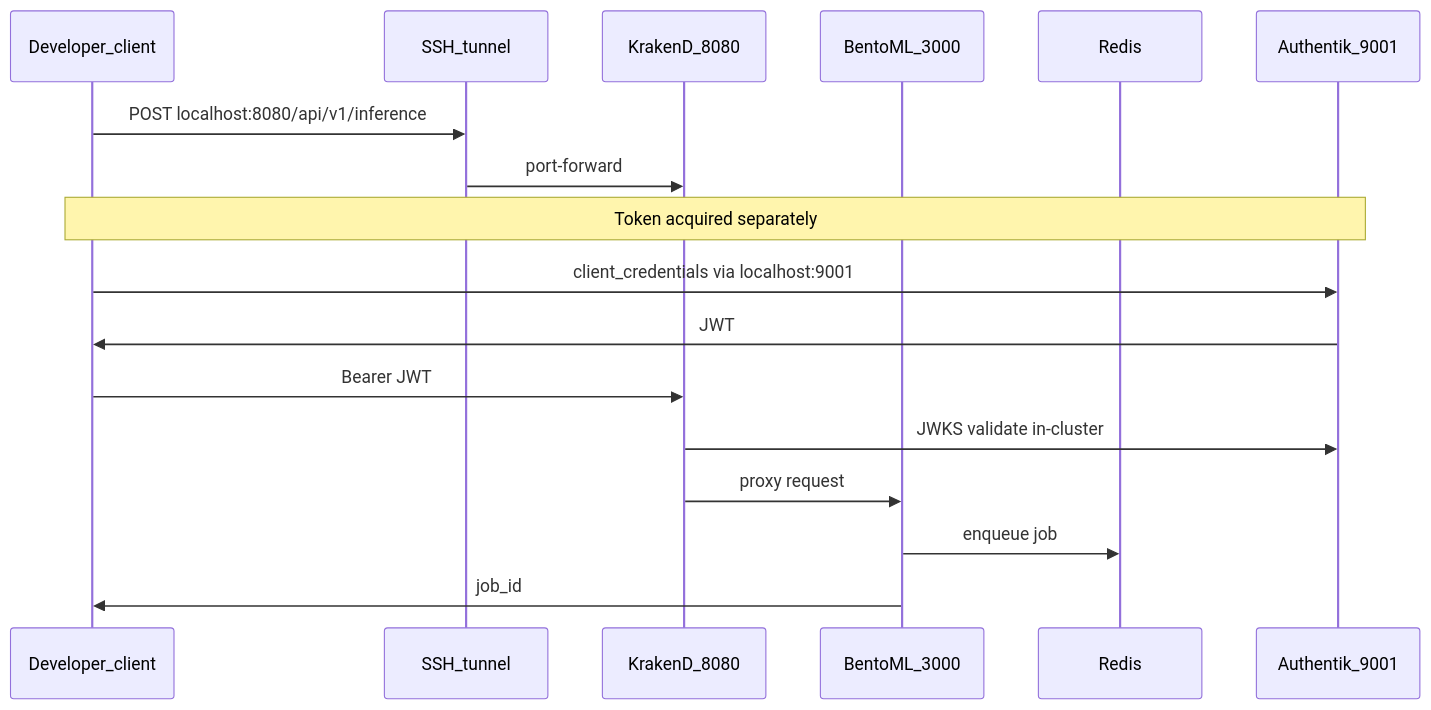
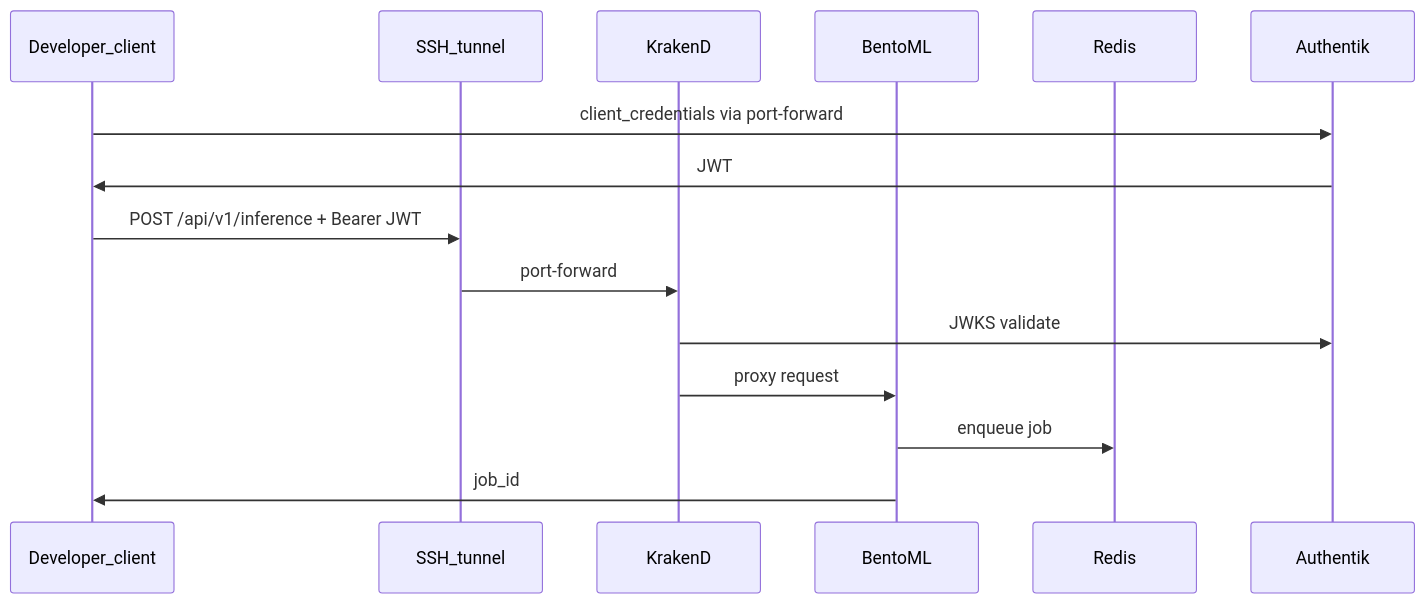
One commit to RitAreaSciencePark/sem-image-classifier-api changed the diagram in docs/dev-environment-overview.md. Above: the diagram before and after it, drawn with Mermaid. The commit also changed other lines of this file and 123 other files, not shown here.

````diff
--- a/docs/dev-environment-overview.md
+++ b/docs/dev-environment-overview.md
@@ -115,20 +109,18 @@
 ```mermaid
 sequenceDiagram
     participant Dev as Developer_client
     participant Tunnel as SSH_tunnel
-    participant KrakenD as KrakenD_8080
-    participant BentoML as BentoML_3000
+    participant KrakenD as KrakenD
+    participant BentoML as BentoML
     participant Redis as Redis
-    participant Auth as Authentik_9001
+    participant Auth as Authentik
 
-    Dev->>Tunnel: POST localhost:8080/api/v1/inference
+    Dev->>Auth: client_credentials via port-forward
+    Auth->>Dev: JWT
+    Dev->>Tunnel: POST /api/v1/inference + Bearer JWT
     Tunnel->>KrakenD: port-forward
-    Note over Dev,Auth: Token acquired separately
-    Dev->>Auth: client_credentials via localhost:9001
-    Auth->>Dev: JWT
-    Dev->>KrakenD: Bearer JWT
-    KrakenD->>Auth: JWKS validate in-cluster
+    KrakenD->>Auth: JWKS validate
     KrakenD->>BentoML: proxy request
     BentoML->>Redis: enqueue job
     BentoML->>Dev: job_id
 ```
````
